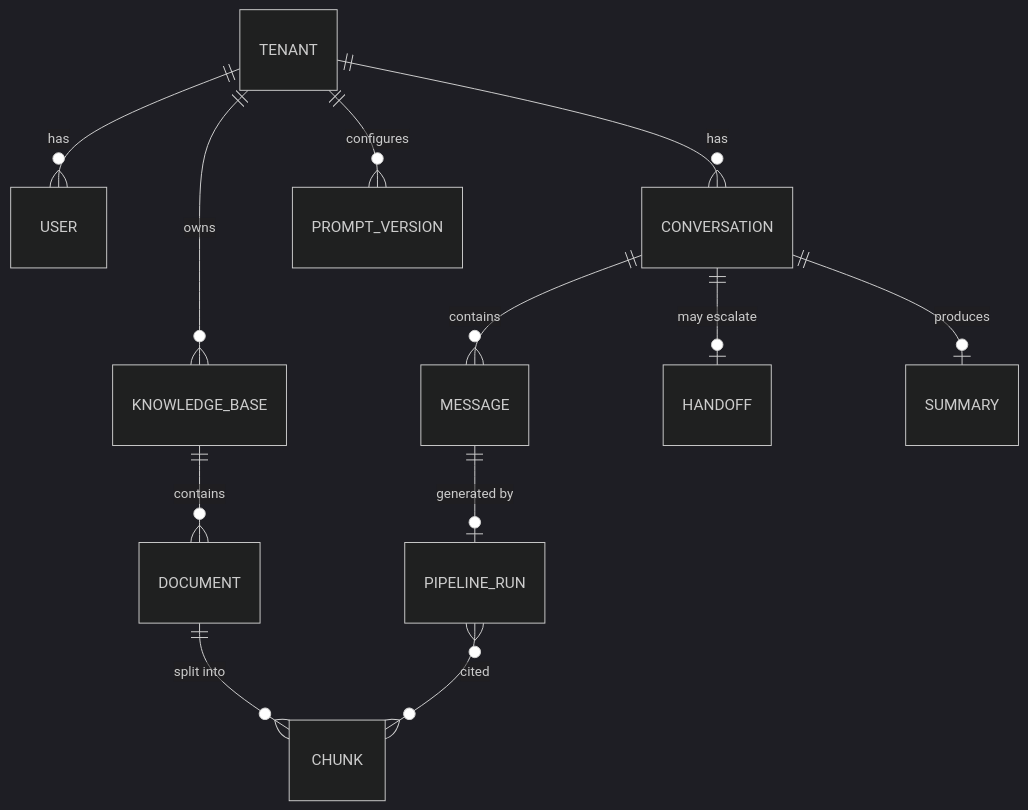
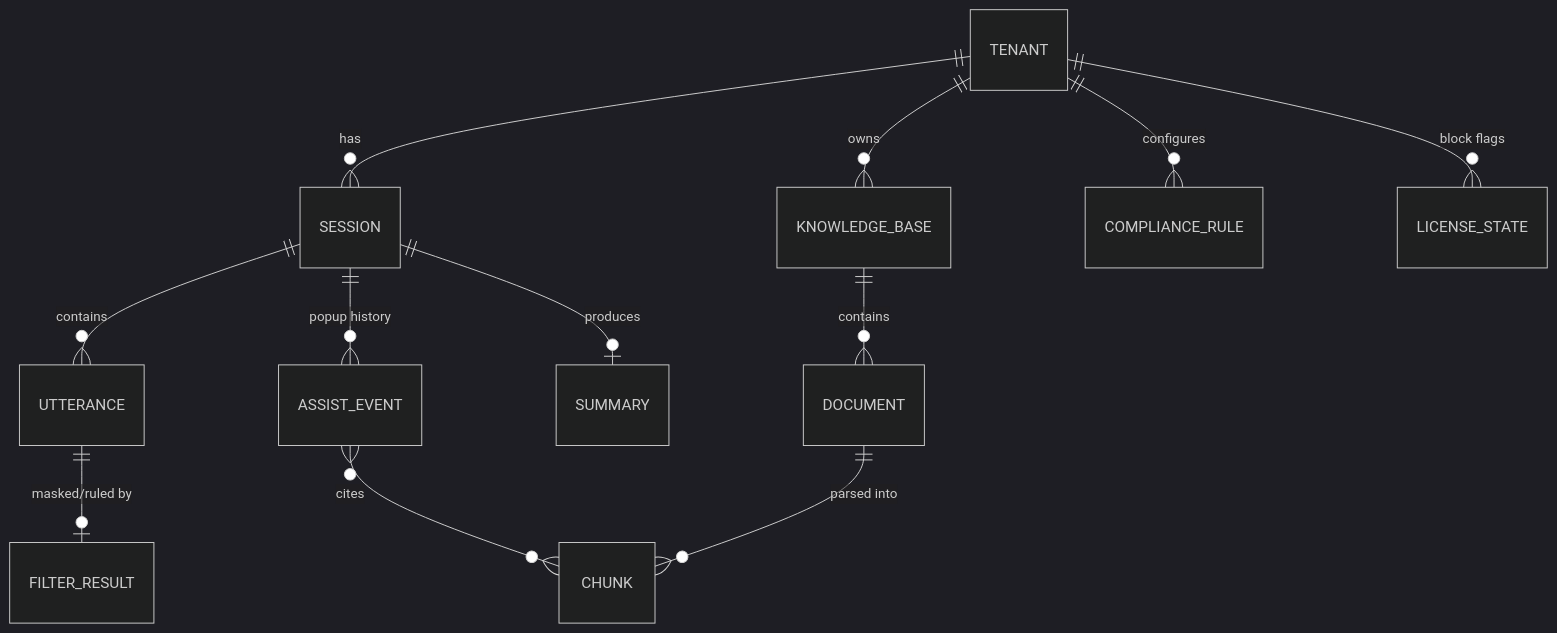
Before and after one commit to lnkbus/visionAI: the second of 2 diagrams in docs/02-architecture.md, drawn with Mermaid (dark theme). The commit also changed other lines of this file and 7 other files, not shown here.

````diff
--- a/docs/02-architecture.md
+++ b/docs/02-architecture.md
@@ -135,14 +167,14 @@
 ```mermaid
 erDiagram
-    TENANT ||--o{ USER : has
+    TENANT ||--o{ SESSION : has
+    SESSION ||--o{ UTTERANCE : contains
+    UTTERANCE ||--o| FILTER_RESULT : "masked/ruled by"
+    SESSION ||--o{ ASSIST_EVENT : "popup history"
+    ASSIST_EVENT }o--o{ CHUNK : cites
+    SESSION ||--o| SUMMARY : produces
     TENANT ||--o{ KNOWLEDGE_BASE : owns
     KNOWLEDGE_BASE ||--o{ DOCUMENT : contains
-    DOCUMENT ||--o{ CHUNK : "split into"
-    TENANT ||--o{ CONVERSATION : has
-    CONVERSATION ||--o{ MESSAGE : contains
-    CONVERSATION ||--o| HANDOFF : "may escalate"
-    MESSAGE ||--o| PIPELINE_RUN : "generated by"
-    PIPELINE_RUN }o--o{ CHUNK : "cited"
-    TENANT ||--o{ PROMPT_VERSION : configures
-    CONVERSATION ||--o| SUMMARY : produces
+    DOCUMENT ||--o{ CHUNK : "parsed into"
+    TENANT ||--o{ COMPLIANCE_RULE : configures
+    TENANT ||--o{ LICENSE_STATE : "block flags"
 ```
````
